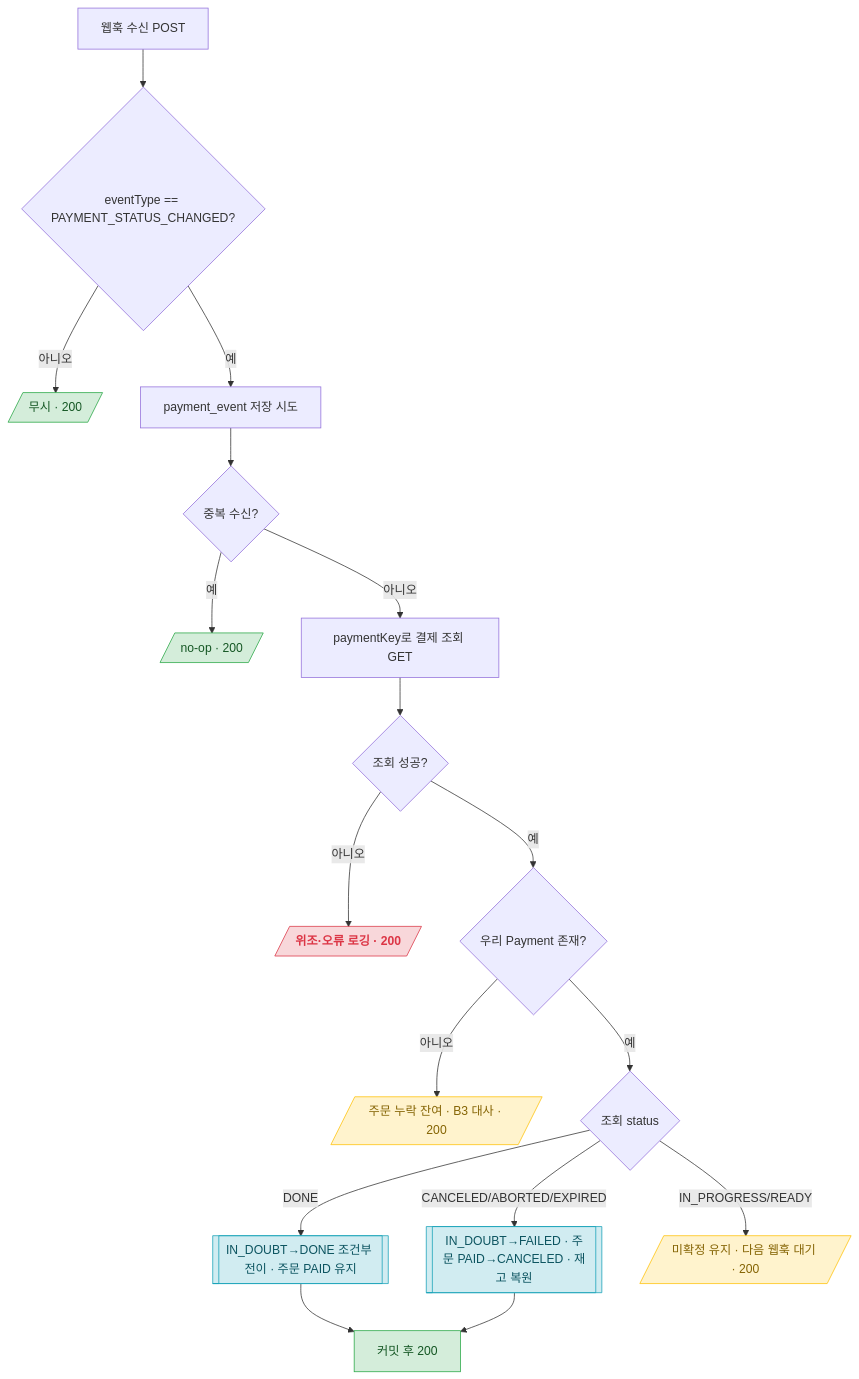
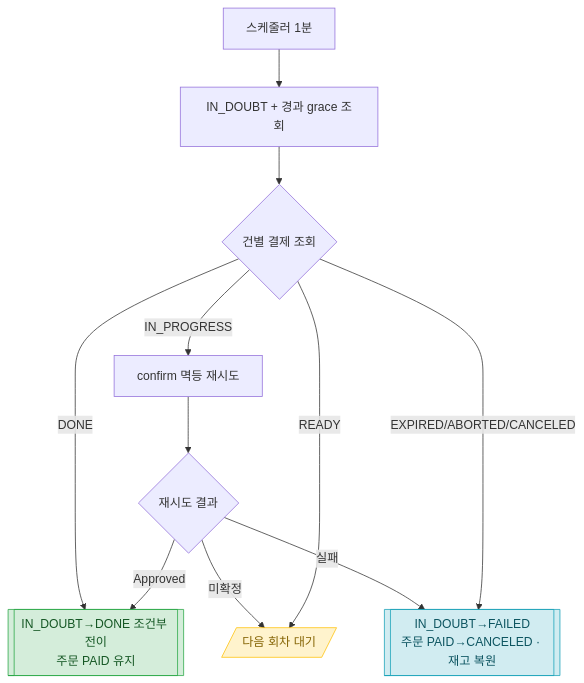
Before and after one commit to Ting97ok/hotdeal-commerce: the diagram in docs/payment/api-design-system.md, drawn with Mermaid. The commit also changed other lines of this file and 1 other file, not shown here.

First line of the commit message:
[Docs] 결제 B2 재정의 — 웹훅 → IN_DOUBT 대사 스케줄러

````diff
--- a/docs/payment/api-design-system.md
+++ b/docs/payment/api-design-system.md
@@ -70,24 +48,18 @@
 ```mermaid
 flowchart TD
-    A[웹훅 수신 POST] --> B{eventType == PAYMENT_STATUS_CHANGED?}
-    B -- 아니오 --> Z[/무시 · 200/]:::success
-    B -- 예 --> C[payment_event 저장 시도]
-    C --> D{중복 수신?}
-    D -- 예 --> Z2[/no-op · 200/]:::success
-    D -- 아니오 --> E[paymentKey로 결제 조회 GET]
-    E --> F{조회 성공?}
-    F -- 아니오 --> Y[/위조·오류 로깅 · 200/]:::error
-    F -- 예 --> G{우리 Payment 존재?}
-    G -- 아니오 --> X[/주문 누락 잔여 · B3 대사 · 200/]:::decision
-    G -- 예 --> H{조회 status}
-    H -- DONE --> I[[IN_DOUBT→DONE 조건부 전이 · 주문 PAID 유지]]:::process
-    H -- CANCELED/ABORTED/EXPIRED --> J[[IN_DOUBT→FAILED · 주문 PAID→CANCELED · 재고 복원]]:::process
-    H -- IN_PROGRESS/READY --> K[/미확정 유지 · 다음 웹훅 대기 · 200/]:::decision
-    I --> C2[커밋 후 200]:::success
-    J --> C2
+    A[스케줄러 1분] --> B[IN_DOUBT + 경과 grace 조회]
+    B --> C{건별 결제 조회}
+    C -- DONE --> D[[IN_DOUBT→DONE 조건부 전이<br/>주문 PAID 유지]]:::success
+    C -- IN_PROGRESS --> E[confirm 멱등 재시도]
+    E --> F{재시도 결과}
+    F -- Approved --> D
+    F -- 미확정 --> G[/다음 회차 대기/]:::decision
+    F -- 실패 --> H
+    C -- EXPIRED/ABORTED/CANCELED --> H[[IN_DOUBT→FAILED<br/>주문 PAID→CANCELED · 재고 복원]]:::process
+    C -- READY --> G
 
     classDef error fill:#f8d7da,stroke:#dc3545,color:#dc3545,font-weight:bold
     classDef success fill:#d4edda,stroke:#28a745,color:#155724
     classDef process fill:#d1ecf1,stroke:#17a2b8,color:#0c5460
     classDef decision fill:#fff3cd,stroke:#ffc107,color:#856404
 ```
````
